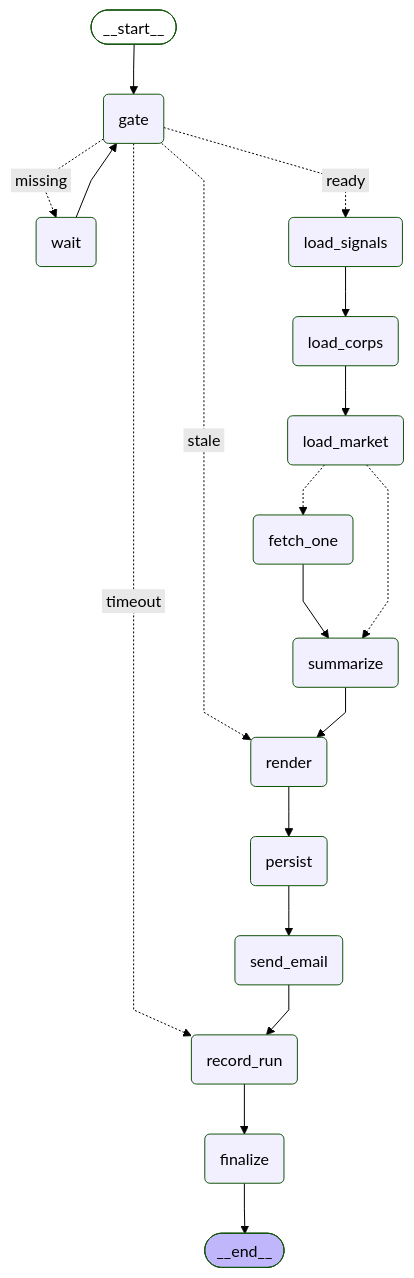
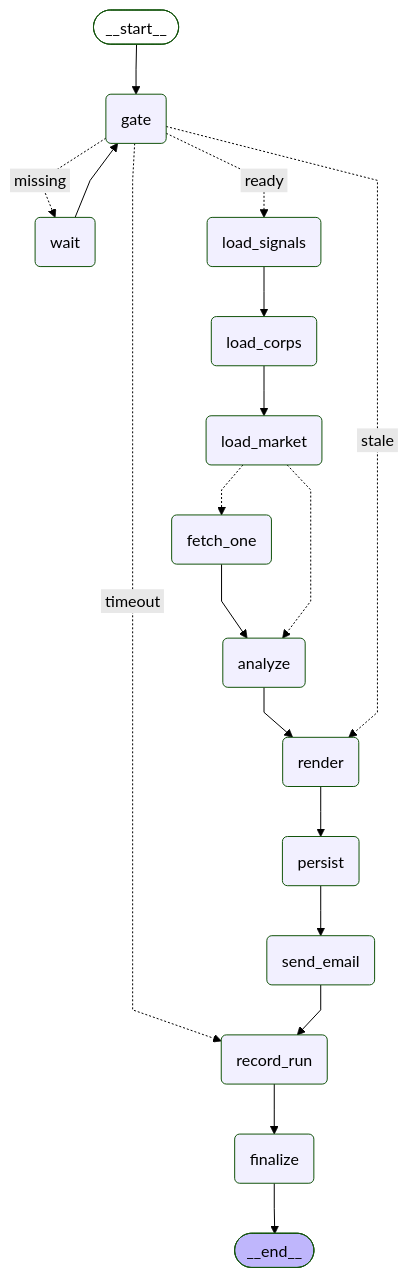
One commit to daehyub71/krx-signal-briefing changed the diagram in docs/GRAPH.md. Above: the diagram before and after it, drawn with Mermaid (forest theme). The commit also changed 14 other files, not shown here.

````diff
--- a/docs/GRAPH.md
+++ b/docs/GRAPH.md
@@ -9,42 +9,42 @@
 ```mermaid
 ---
 config:
   flowchart:
     curve: linear
 ---
 graph TD;
 	__start__([<p>__start__</p>]):::first
 	gate(gate)
 	wait(wait)
 	load_signals(load_signals)
 	load_corps(load_corps)
 	load_market(load_market)
 	fetch_one(fetch_one)
-	summarize(summarize)
+	analyze(analyze)
 	render(render)
 	persist(persist)
 	send_email(send_email)
 	record_run(record_run)
 	finalize(finalize)
 	__end__([<p>__end__</p>]):::last
 	__start__ --> gate;
-	fetch_one --> summarize;
+	analyze --> render;
+	fetch_one --> analyze;
 	gate -. &nbsp;ready&nbsp; .-> load_signals;
 	gate -. &nbsp;timeout&nbsp; .-> record_run;
 	gate -. &nbsp;stale&nbsp; .-> render;
 	gate -. &nbsp;missing&nbsp; .-> wait;
 	load_corps --> load_market;
+	load_market -.-> analyze;
 	load_market -.-> fetch_one;
-	load_market -.-> summarize;
 	load_signals --> load_corps;
 	persist --> send_email;
 	record_run --> finalize;
 	render --> persist;
 	send_email --> record_run;
-	summarize --> render;
 	wait --> gate;
 	finalize --> __end__;
 	classDef default fill:#f2f0ff,line-height:1.2
 	classDef first fill-opacity:0
 	classDef last fill:#bfb6fc
 ```
````
